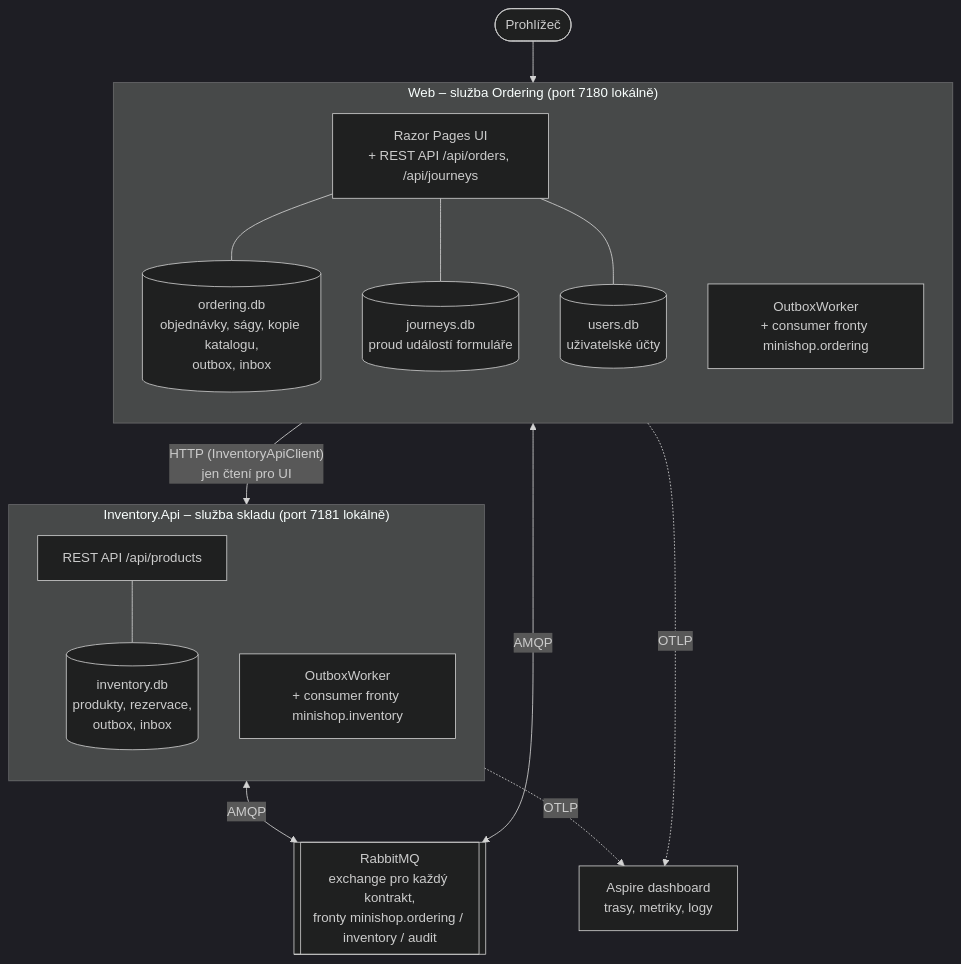
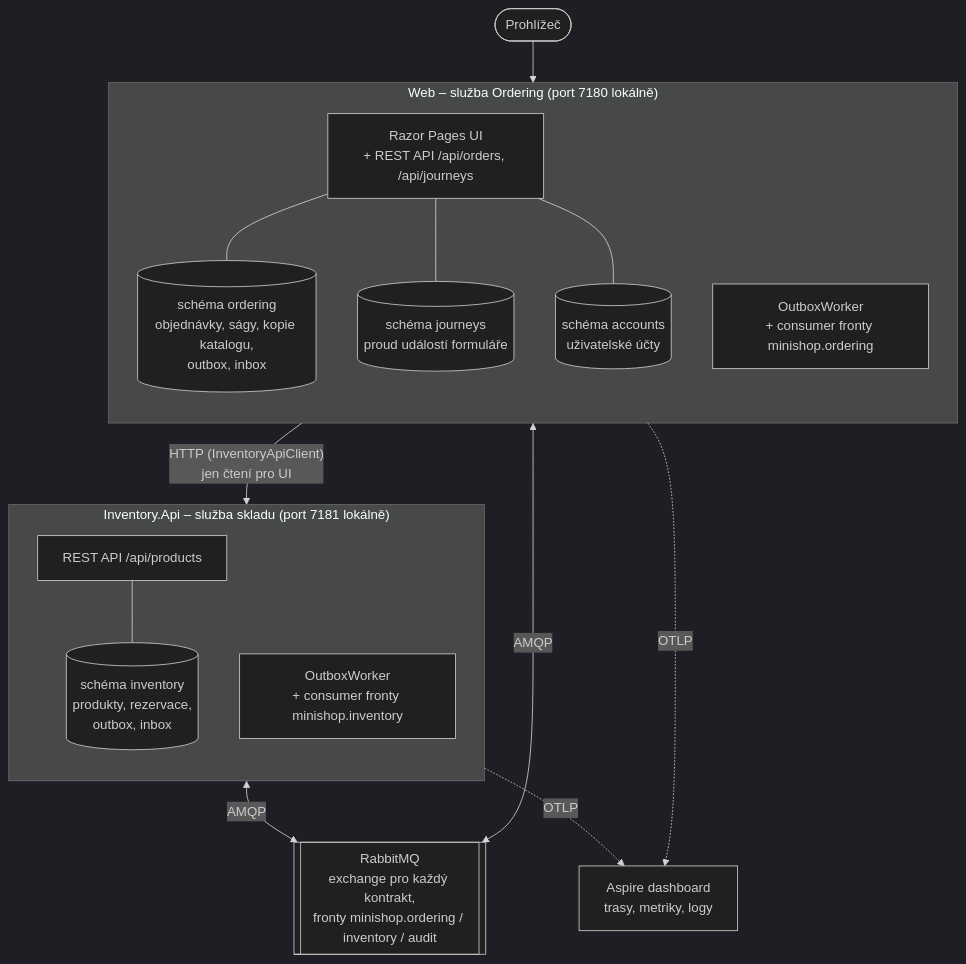
Before and after one commit to ftichy/MiniShop: the diagram in docs/prirucka/architektura/kontejnery.md, drawn with Mermaid (dark theme). The commit also changed other lines of this file and 248 other files, not shown here.

````diff
--- a/docs/prirucka/architektura/kontejnery.md
+++ b/docs/prirucka/architektura/kontejnery.md
@@ -12,43 +12,43 @@
 ```mermaid
 flowchart TB
     browser(["Prohlížeč"])
 
     subgraph webSvc["Web – služba Ordering (port 7180 lokálně)"]
         direction TB
         ui["Razor Pages UI<br/>+ REST API /api/orders, /api/journeys"]
         ow1["OutboxWorker<br/>+ consumer fronty minishop.ordering"]
-        odb[("ordering.db<br/>objednávky, ságy, kopie katalogu,<br/>outbox, inbox")]
-        jdb[("journeys.db<br/>proud událostí formuláře")]
-        udb[("users.db<br/>uživatelské účty")]
+        odb[("schéma ordering<br/>objednávky, ságy, kopie katalogu,<br/>outbox, inbox")]
+        jdb[("schéma journeys<br/>proud událostí formuláře")]
+        udb[("schéma accounts<br/>uživatelské účty")]
     end
 
     subgraph invSvc["Inventory.Api – služba skladu (port 7181 lokálně)"]
         direction TB
         api["REST API /api/products"]
         ow2["OutboxWorker<br/>+ consumer fronty minishop.inventory"]
-        idb[("inventory.db<br/>produkty, rezervace,<br/>outbox, inbox")]
+        idb[("schéma inventory<br/>produkty, rezervace,<br/>outbox, inbox")]
     end
 
     mq[["RabbitMQ<br/>exchange pro každý kontrakt,<br/>fronty minishop.ordering / inventory / audit"]]
     dash["Aspire dashboard<br/>trasy, metriky, logy"]
 
     browser --> ui
     ui -->|"HTTP (InventoryApiClient)<br/>jen čtení pro UI"| api
     ow1 <-->|AMQP| mq
     ow2 <-->|AMQP| mq
     ui --- odb
     ui --- jdb
     ui --- udb
     api --- idb
     webSvc -.->|OTLP| dash
     invSvc -.->|OTLP| dash
 
     click ui "/Docs/architektura/moduly/ordering"
     click api "/Docs/architektura/moduly/inventory"
     click mq "/Docs/eda/broker"
     click ow1 "/Docs/eda/outbox"
     click ow2 "/Docs/eda/outbox"
     click jdb "/Docs/architektura/moduly/journeys"
     click udb "/Docs/architektura/moduly/accounts"
     click dash "/Docs/eda/observabilita"
 ```
````
